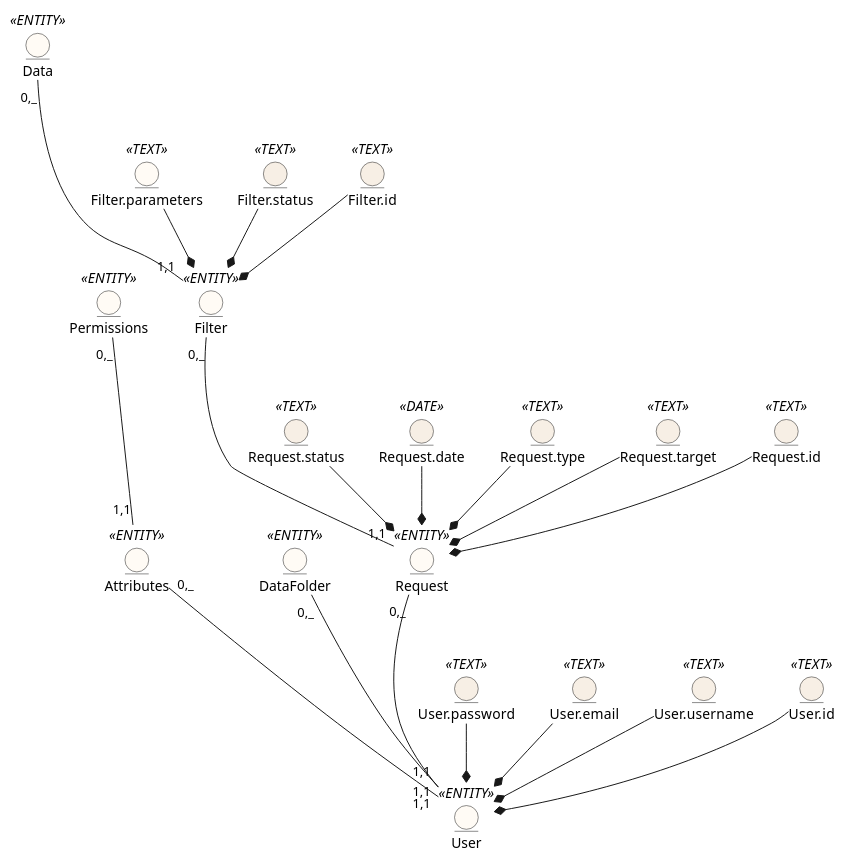
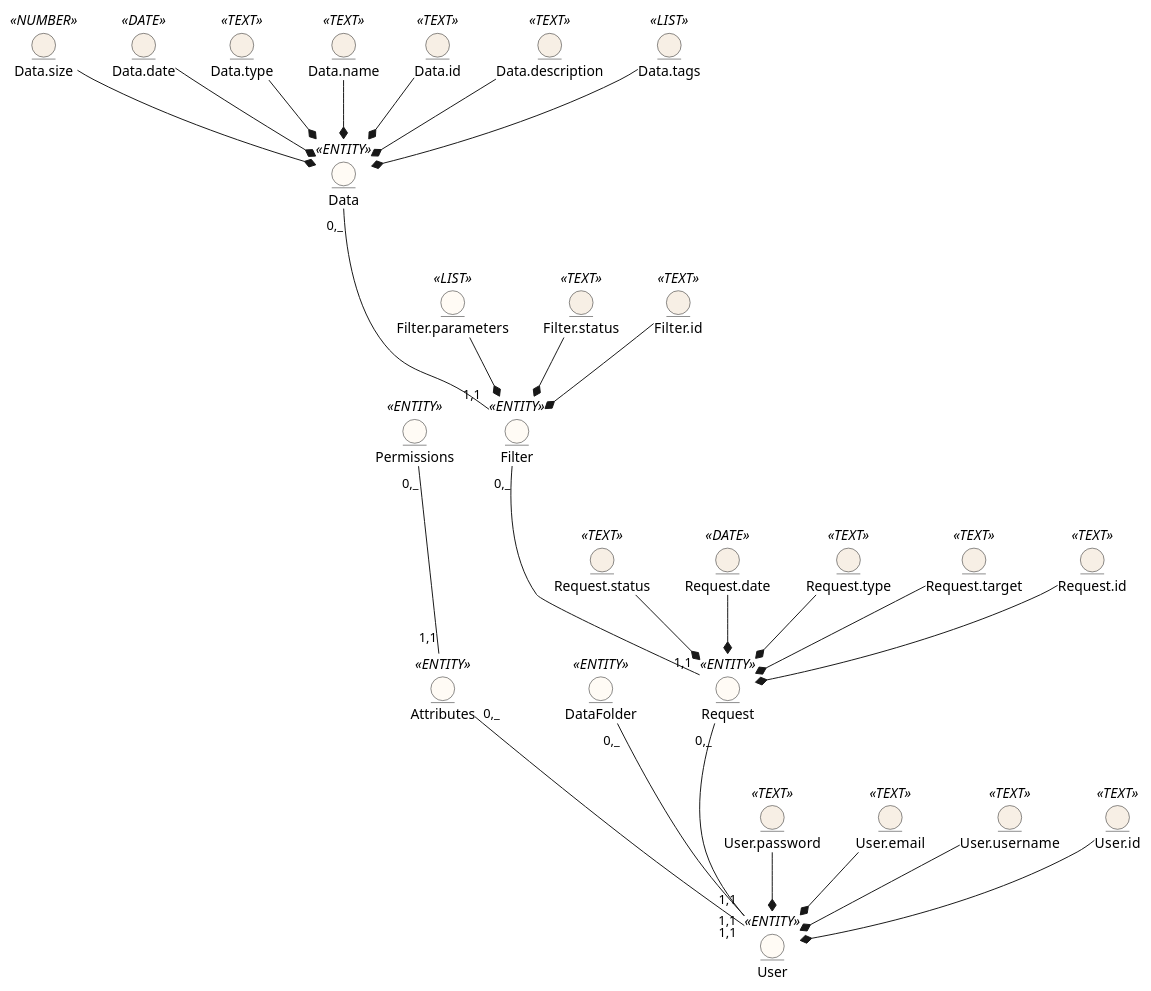
The diagram in docs/design/README.md (edu-db/edu_db_labs), drawn with PlantUML before and after one commit.

Commit message:
feat: add attributes to Data

```diff
--- a/docs/design/README.md
+++ b/docs/design/README.md
@@ -9,58 +9,72 @@
 @startuml
 
 
 entity User <<ENTITY>> #FFFBF5
 entity User.password <<TEXT>> #F7EFE5
 entity User.email<<TEXT>> #F7EFE5
 entity User.username<<TEXT>> #F7EFE5
 entity User.id<<TEXT>> #F7EFE5
 
 
 entity Attributes <<ENTITY>> #FFFBF5
 entity DataFolder <<ENTITY>> #FFFBF5
 entity Permissions <<ENTITY>> #FFFBF5
 
 
 entity Filter <<ENTITY>> #FFFBF5
-entity Filter.parameters <<TEXT>> #FFFBF5
+entity Filter.parameters <<LIST>> #FFFBF5
 entity Filter.status <<TEXT>> #F7EFE5
 entity Filter.id <<TEXT>> #F7EFE5
 
 entity Request <<ENTITY>> #FFFBF5
 entity Request.status <<TEXT>> #F7EFE5
 entity Request.date <<DATE>> #F7EFE5
 entity Request.type<<TEXT>> #F7EFE5
 entity Request.target<<TEXT>> #F7EFE5
 entity Request.id<<TEXT>> #F7EFE5
 
 entity Data <<ENTITY>> #FFFBF5
+entity Data.size <<NUMBER>> #F7EFE5
+entity Data.date <<DATE>> #F7EFE5
+entity Data.type<<TEXT>> #F7EFE5
+entity Data.name<<TEXT>> #F7EFE5
+entity Data.id<<TEXT>> #F7EFE5
+entity Data.description<<TEXT>> #F7EFE5
+entity Data.tags<<LIST>> #F7EFE5
 
 User "1,1" --u- "0,_" Attributes
 User "1,1" --u- "0,_" Request
 User "1,1" --u- "0,_" DataFolder
 Request "1,1" --u- "0,_" Filter
 Filter "1,1" --u- "0,_" Data
 Attributes "1,1" --u- "0,_" Permissions
 
 User.password -d-* User
 User.email -d-* User
 User.username -d-* User
 User.id -d-* User
 
 
 Request.status -d-* Request
 Request.type -d-* Request
 Request.target -d-* Request
 Request.date -d-* Request
 Request.id -d-* Request
 
 Filter.parameters -d-* Filter
 Filter.status -d-* Filter
 Filter.id -d-* Filter
 
+Data.size -d-* Data
+Data.date -d-* Data
+Data.type -d-* Data
+Data.id -d-* Data
+Data.name -d-* Data
+Data.description -d-* Data
+Data.tags -d-* Data
 
 
 
 
 
 @enduml
```
